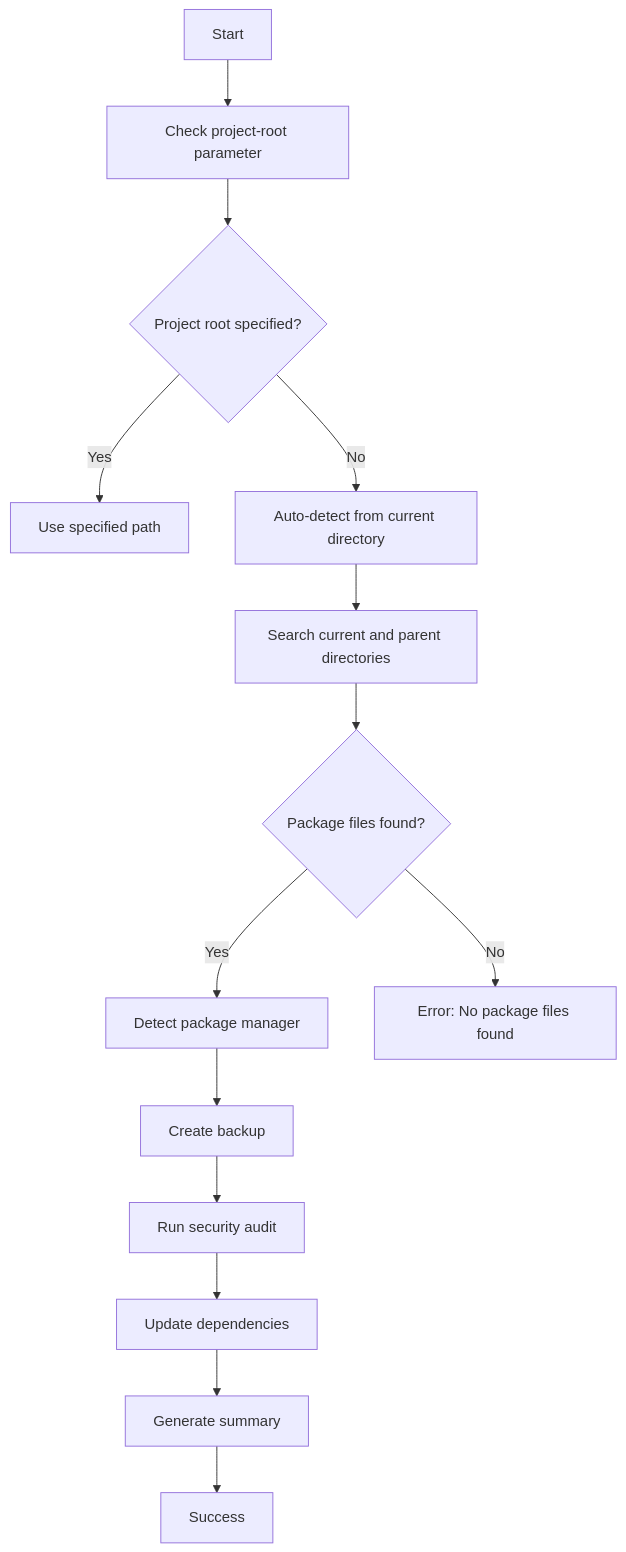
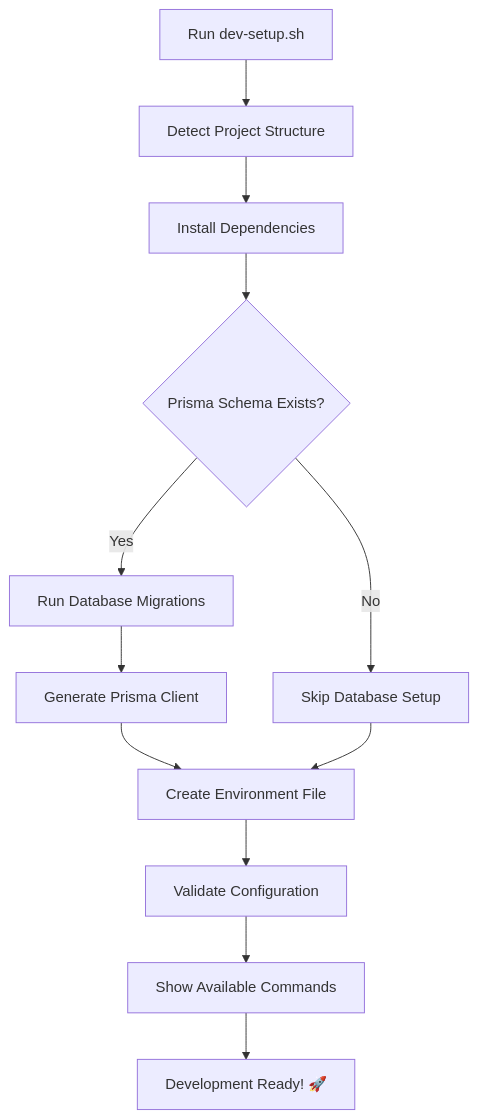
The diagram in shell/README.md (mustafagenc/nitrokit), drawn with Mermaid before and after one commit. The commit also changed other lines of this file and 5 other files, not shown here.

````diff
--- a/shell/README.md
+++ b/shell/README.md
@@ -258,16 +217,14 @@
 ```mermaid
 graph TD
-    A[Start] --> B[Check project-root parameter]
-    B --> C{Project root specified?}
-    C -->|Yes| D[Use specified path]
-    C -->|No| E[Auto-detect from current directory]
-    E --> F[Search current and parent directories]
-    F --> G{Package files found?}
-    G -->|Yes| H[Detect package manager]
-    G -->|No| I[Error: No package files found]
-    H --> J[Create backup]
-    J --> K[Run security audit]
-    K --> L[Update dependencies]
-    L --> M[Generate summary]
-    M --> N[Success]
+    A[Run dev-setup.sh] --> B[Detect Project Structure]
+    B --> C[Install Dependencies]
+    C --> D{Prisma Schema Exists?}
+    D -->|Yes| E[Run Database Migrations]
+    D -->|No| F[Skip Database Setup]
+    E --> G[Generate Prisma Client]
+    G --> H[Create Environment File]
+    F --> H
+    H --> I[Validate Configuration]
+    I --> J[Show Available Commands]
+    J --> K[Development Ready! 🚀]
 ```
````
